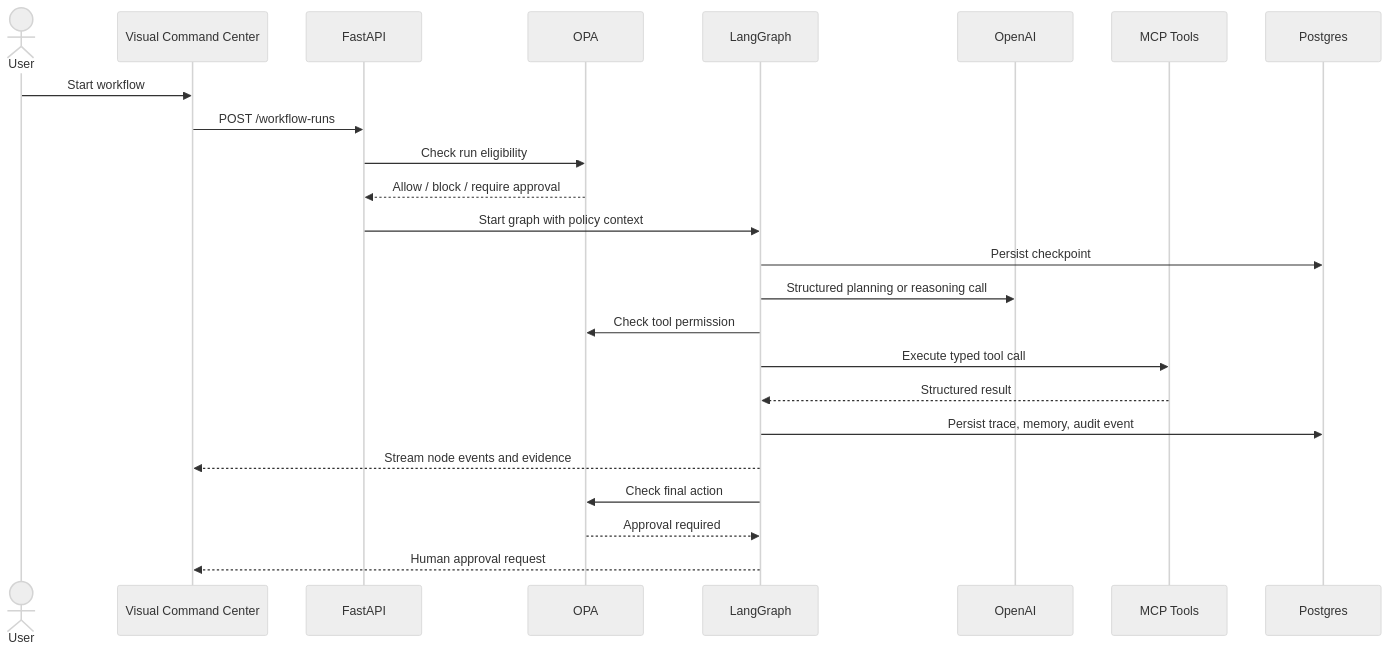
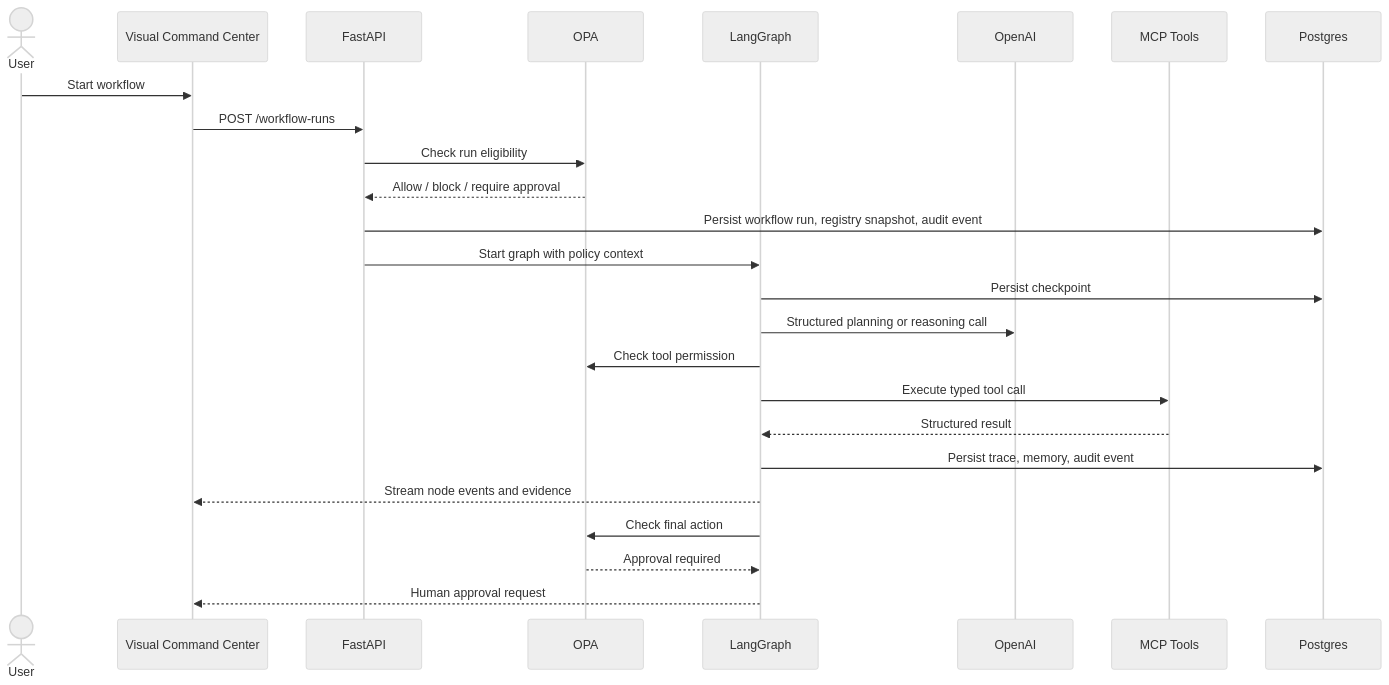
The second of 2 diagrams in docs/architecture/01-system-architecture.md (ajaycyril/aegisops-agentic-portfolio), drawn with Mermaid (neutral theme) before and after one commit. The commit also changed 15 other files, not shown here.

Commit message:
Add workflow run start gate

````diff
--- a/docs/architecture/01-system-architecture.md
+++ b/docs/architecture/01-system-architecture.md
@@ -74,27 +74,28 @@
 ```mermaid
 sequenceDiagram
   actor User
   participant UI as Visual Command Center
   participant API as FastAPI
   participant Policy as OPA
   participant Graph as LangGraph
   participant Model as OpenAI
   participant Tools as MCP Tools
   participant DB as Postgres
 
   User->>UI: Start workflow
   UI->>API: POST /workflow-runs
   API->>Policy: Check run eligibility
   Policy-->>API: Allow / block / require approval
+  API->>DB: Persist workflow run, registry snapshot, audit event
   API->>Graph: Start graph with policy context
   Graph->>DB: Persist checkpoint
   Graph->>Model: Structured planning or reasoning call
   Graph->>Policy: Check tool permission
   Graph->>Tools: Execute typed tool call
   Tools-->>Graph: Structured result
   Graph->>DB: Persist trace, memory, audit event
   Graph-->>UI: Stream node events and evidence
   Graph->>Policy: Check final action
   Policy-->>Graph: Approval required
   Graph-->>UI: Human approval request
 ```
````
